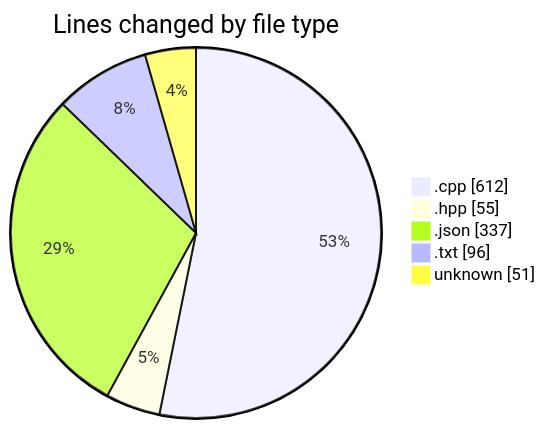
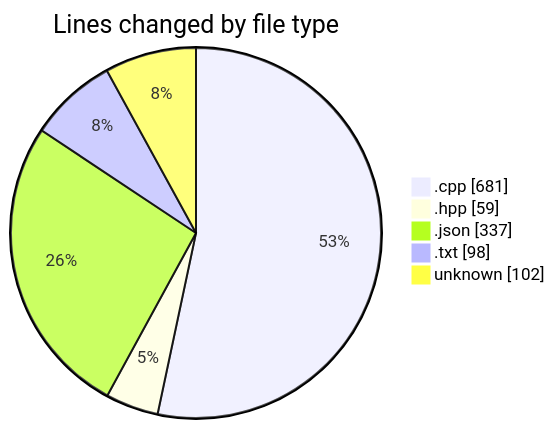
The first of 2 diagrams in 2025-04-06/echo/README.md (Netris89/code-tracking), drawn with Mermaid before and after one commit. The commit also changed other lines of this file and 1 other file, not shown here.

````diff
--- a/2025-04-06/echo/README.md
+++ b/2025-04-06/echo/README.md
@@ -27,9 +27,9 @@
 ```mermaid
 pie showData
 title Lines changed by file type
-".cpp" : 612
-".hpp" : 55
+".cpp" : 681
+".hpp" : 59
 ".json" : 337
-".txt" : 96
-"unknown" : 51
+".txt" : 98
+"unknown" : 102
 ```
````
